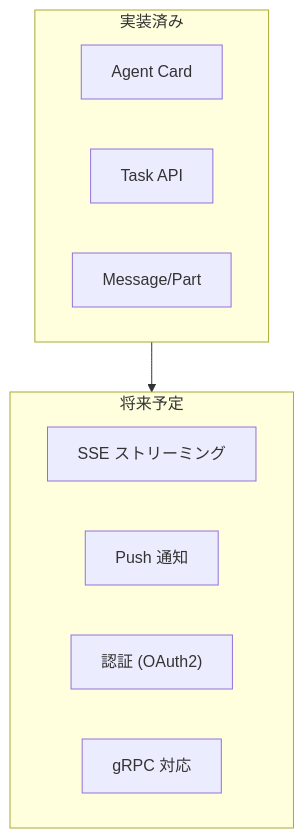
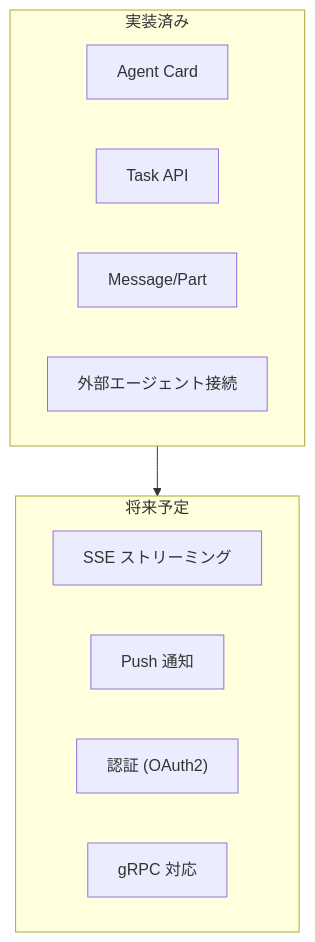
One commit to s-hiraoku/synapse-a2a changed the ninth of 10 diagrams in guides/google-a2a-spec.md. Above: the diagram before and after it, drawn with Mermaid. The commit also changed other lines of this file and 5 other files, not shown here.

````diff
--- a/guides/google-a2a-spec.md
+++ b/guides/google-a2a-spec.md
@@ -411,17 +488,18 @@
 ```mermaid
 flowchart TB
     subgraph Current["実装済み"]
         AgentCard["Agent Card"]
         TaskAPI["Task API"]
         MessagePart["Message/Part"]
+        ExtClient["外部エージェント接続"]
     end
 
     subgraph Future["将来予定"]
         Streaming["SSE ストリーミング"]
         Push["Push 通知"]
         Auth["認証 (OAuth2)"]
         GRPC["gRPC 対応"]
     end
 
     Current --> Future
 ```
````
